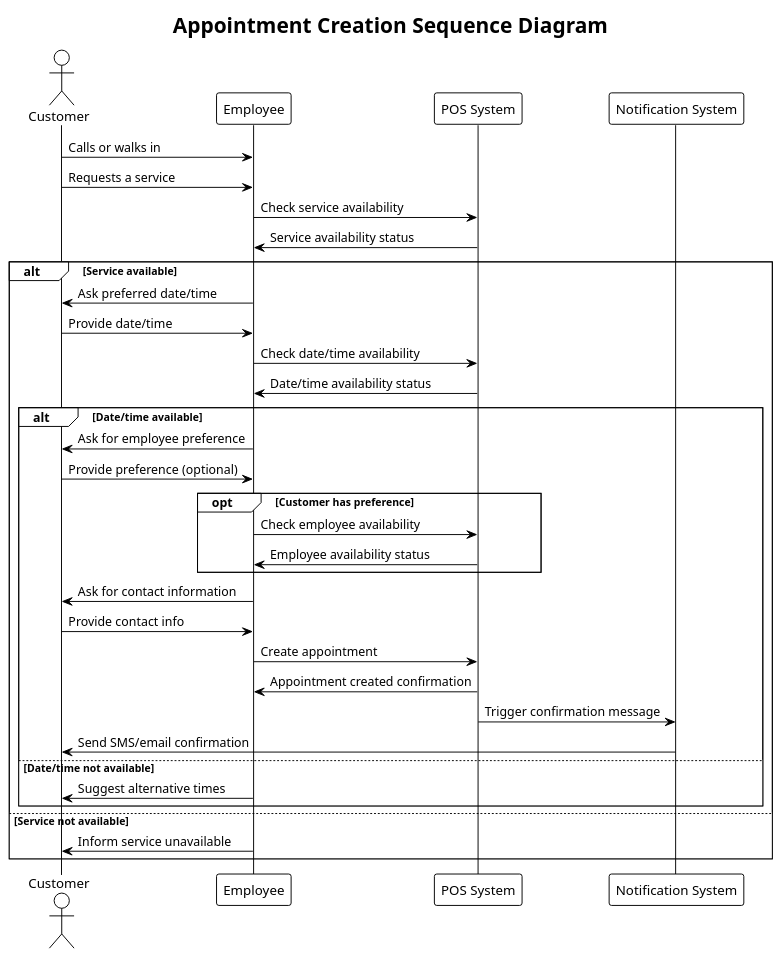
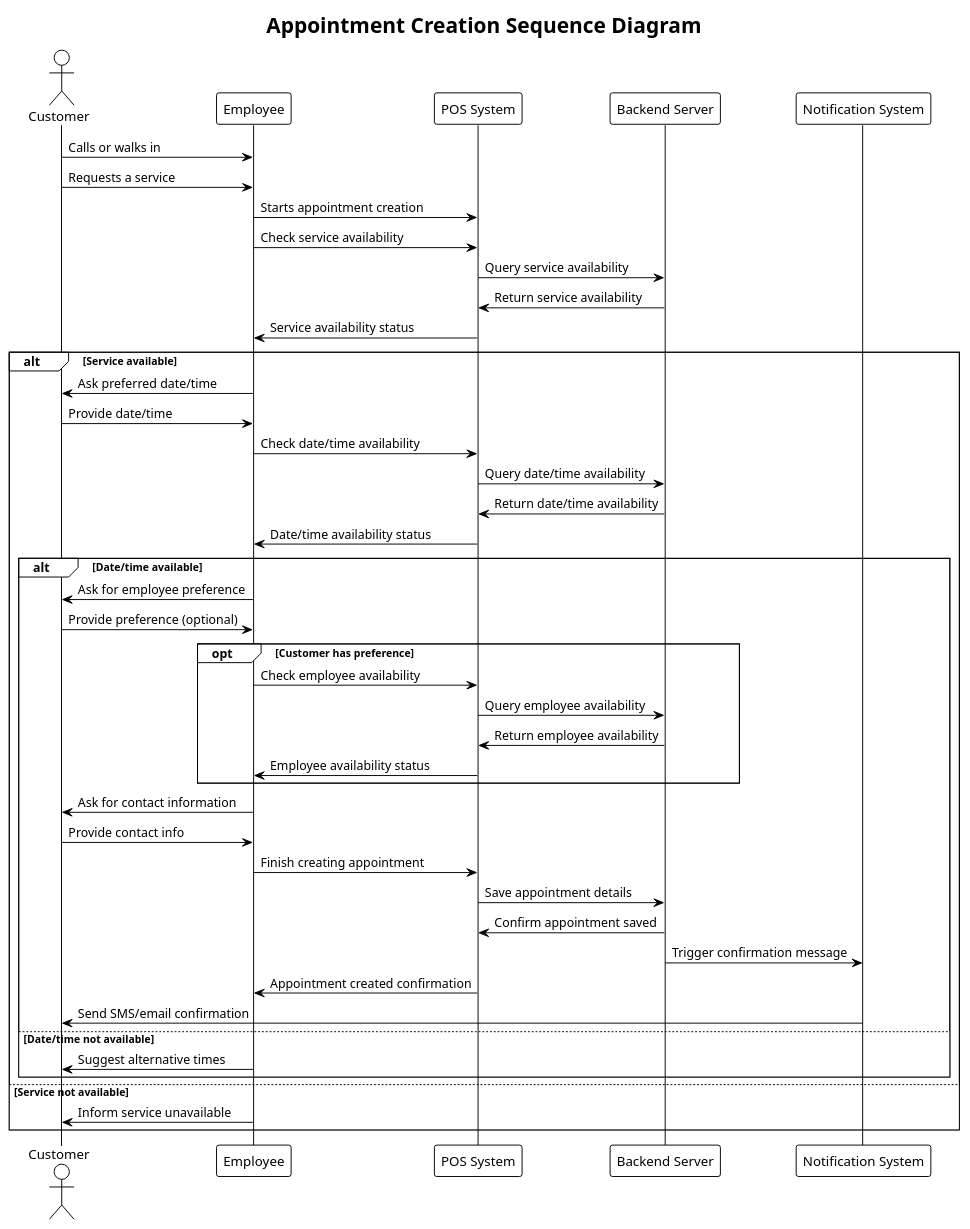
The diagram in docs/ps-design/design-document/diagrams/services/appointment_creation_sequence.puml (user5427/ps-design), drawn with PlantUML before and after one commit. The commit also changed 4 other files, not shown here.

Commit message:
Enhance appointment management diagrams with backend interactions and detailed processes

```diff
--- a/docs/ps-design/design-document/diagrams/services/appointment_creation_sequence.puml
+++ b/docs/ps-design/design-document/diagrams/services/appointment_creation_sequence.puml
@@ -1,43 +1,53 @@
 @startuml appointment_creation_sequence
 !theme plain
 title Appointment Creation Sequence Diagram
 
 actor Customer
 participant Employee
 participant "POS System" as POS
+participant "Backend Server" as Backend
 participant "Notification System" as Notification
 
 Customer -> Employee: Calls or walks in
 Customer -> Employee: Requests a service
+Employee -> POS: Starts appointment creation
 Employee -> POS: Check service availability
+POS -> Backend: Query service availability
+Backend -> POS: Return service availability
 POS -> Employee: Service availability status
 
 alt Service available
   Employee -> Customer: Ask preferred date/time
   Customer -> Employee: Provide date/time
   Employee -> POS: Check date/time availability
+  POS -> Backend: Query date/time availability
+  Backend -> POS: Return date/time availability
   POS -> Employee: Date/time availability status
   
   alt Date/time available
     Employee -> Customer: Ask for employee preference
     Customer -> Employee: Provide preference (optional)
     
     opt Customer has preference
       Employee -> POS: Check employee availability
+      POS -> Backend: Query employee availability
+      Backend -> POS: Return employee availability
       POS -> Employee: Employee availability status
     end
     
     Employee -> Customer: Ask for contact information
     Customer -> Employee: Provide contact info
-    Employee -> POS: Create appointment
+    Employee -> POS: Finish creating appointment
+    POS -> Backend: Save appointment details
+    Backend -> POS: Confirm appointment saved
+    Backend -> Notification: Trigger confirmation message
     POS -> Employee: Appointment created confirmation
-    POS -> Notification: Trigger confirmation message
     Notification -> Customer: Send SMS/email confirmation
   else Date/time not available
     Employee -> Customer: Suggest alternative times
   end
 else Service not available
   Employee -> Customer: Inform service unavailable
 end
 
 @enduml
```
